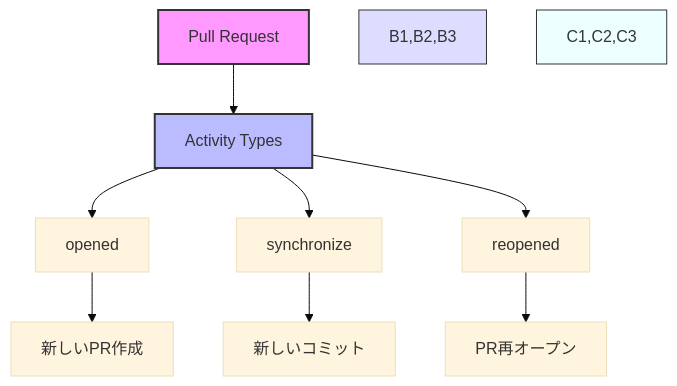
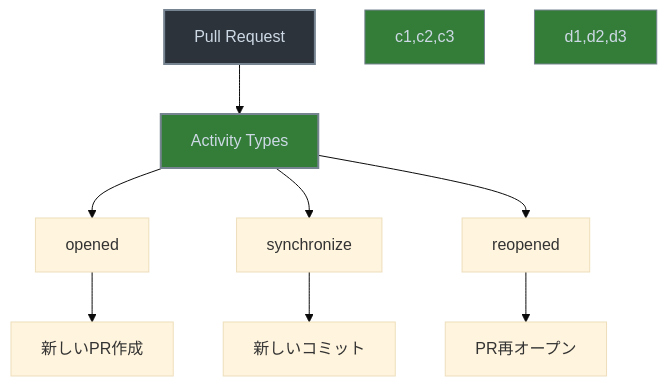
Before and after one commit to haruka-aibara/haruka-aibara: the diagram in docs/GitHub Actions/02_workflows_and_events/02-03_using activity types.md, drawn with Mermaid (base theme). The commit also changed 4 other files, not shown here.

````diff
--- a/docs/GitHub Actions/02_workflows_and_events/02-03_using activity types.md
+++ b/docs/GitHub Actions/02_workflows_and_events/02-03_using activity types.md
@@ -3,17 +3,17 @@
 ```mermaid
 graph TD
-    A[Pull Request] --> B[Activity Types]
+    a[Pull Request] --> b[Activity Types]
     
-    B --> B1[opened]
-    B --> B2[synchronize]
-    B --> B3[reopened]
+    b --> c1[opened]
+    b --> c2[synchronize]
+    b --> c3[reopened]
     
-    B1 --> C1[新しいPR作成]
-    B2 --> C2[新しいコミット]
-    B3 --> C3[PR再オープン]
+    c1 --> d1[新しいPR作成]
+    c2 --> d2[新しいコミット]
+    c3 --> d3[PR再オープン]
     
-    style A fill:#f9f,stroke:#333,stroke-width:2px
-    style B fill:#bbf,stroke:#333,stroke-width:2px
-    style B1,B2,B3 fill:#ddf,stroke:#333,stroke-width:1px
-    style C1,C2,C3 fill:#eff,stroke:#333,stroke-width:1px
+    style a fill:#2d333b,stroke:#768390,stroke-width:2px,color:#cdd9e5
+    style b fill:#347d39,stroke:#768390,stroke-width:2px,color:#cdd9e5
+    style c1,c2,c3 fill:#347d39,stroke:#768390,stroke-width:1px,color:#cdd9e5
+    style d1,d2,d3 fill:#347d39,stroke:#768390,stroke-width:1px,color:#cdd9e5
 ```
````
